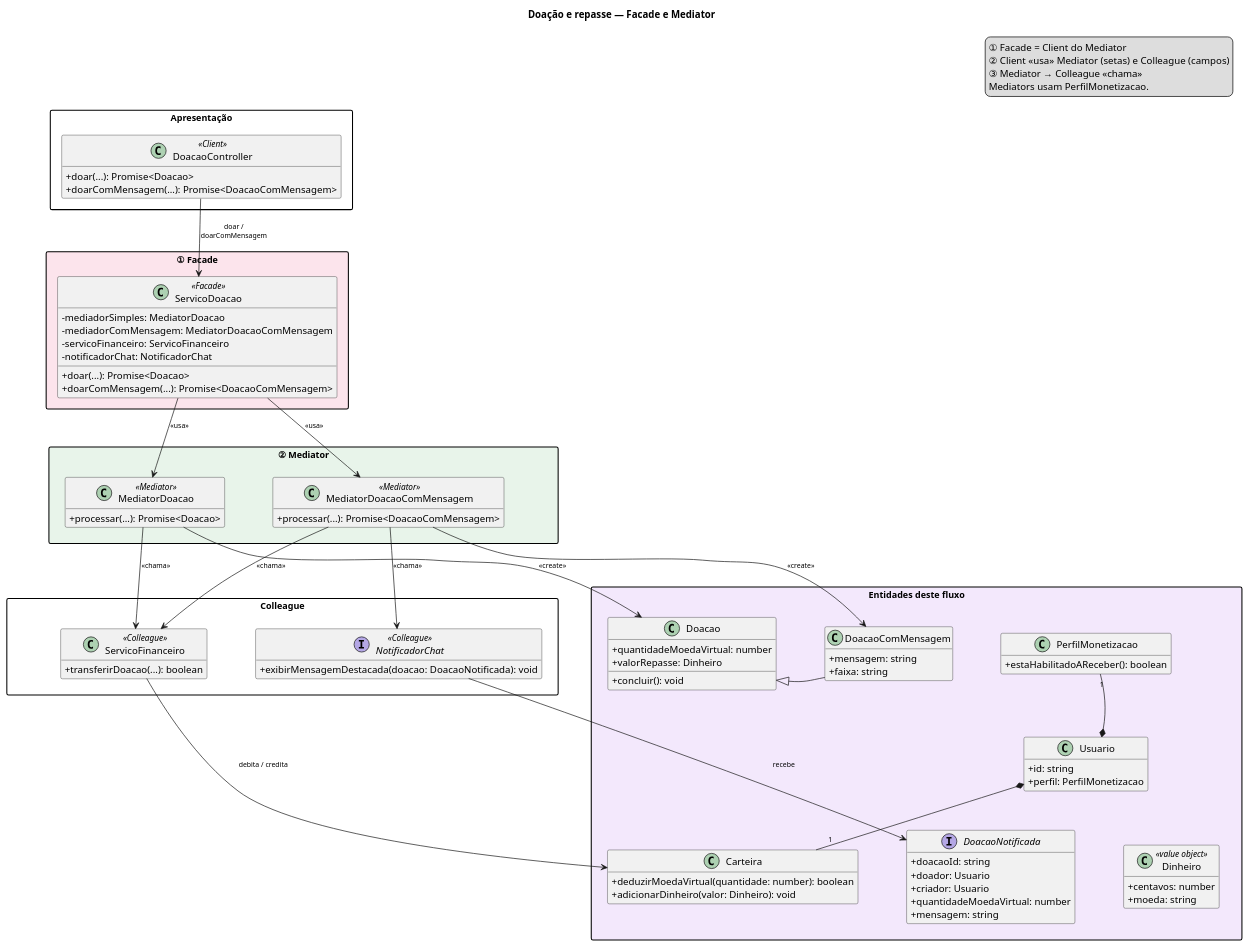
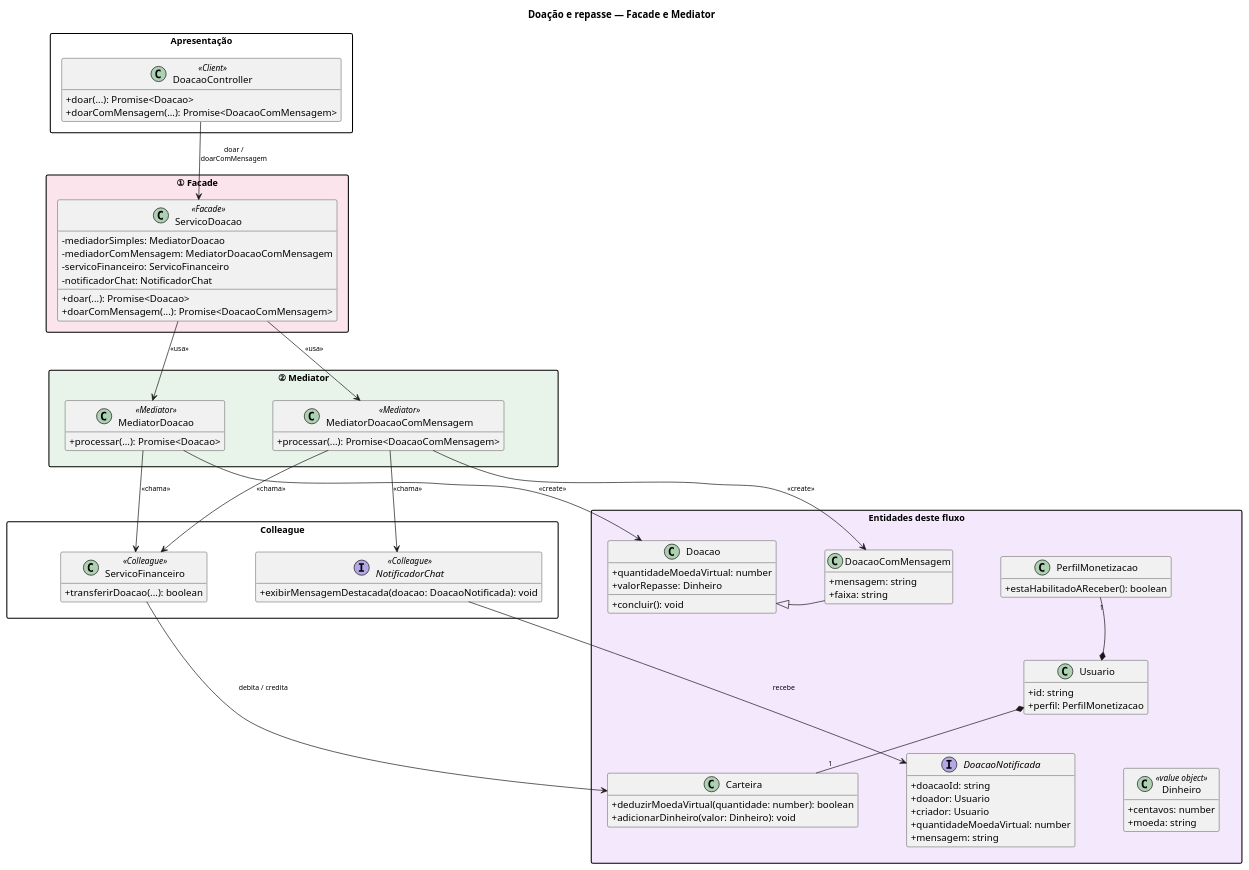
The diagram in docs/doacao-visao-geral.puml (UnBArqDsw2026-2-Turma01/2026.2-T01-_G6_ProjetoStreamingVideo_SubEquipe02_Codigo), drawn with PlantUML before and after one commit. The commit also changed 2 other files, not shown here.

Commit message:
docs(doacao): remove legenda do diagrama Facade/Mediator
Mantem a estrutura do diagrama e regenera PNG/SVG sem a legenda de padroes.

```diff
--- a/docs/doacao-visao-geral.puml
+++ b/docs/doacao-visao-geral.puml
@@ -1,134 +1,127 @@
 @startuml doacao
 skinparam classAttributeIconSize 0
 skinparam shadowing false
 skinparam packageStyle rectangle
 skinparam nodesep 70
 skinparam ranksep 55
 skinparam packageFontSize 13
 skinparam ArrowFontSize 10
 top to bottom direction
 hide empty members
 
 title Doação e repasse — Facade e Mediator
-
-legend top right
-  ① Facade = Client do Mediator
-  ② Client <<usa>> Mediator (setas) e Colleague (campos)
-  ③ Mediator → Colleague <<chama>>
-  Mediators usam PerfilMonetizacao.
-endlegend
 
 together {
   package "Apresentação" as APR {
     class DoacaoController <<Client>> {
       +doar(...): Promise<Doacao>
       +doarComMensagem(...): Promise<DoacaoComMensagem>
     }
   }
 
   package "① Facade" as FAC #FCE4EC {
     class ServicoDoacao <<Facade>> {
       -mediadorSimples: MediatorDoacao
       -mediadorComMensagem: MediatorDoacaoComMensagem
       -servicoFinanceiro: ServicoFinanceiro
       -notificadorChat: NotificadorChat
       +doar(...): Promise<Doacao>
       +doarComMensagem(...): Promise<DoacaoComMensagem>
     }
   }
 
   package "② Mediator" as MED #E8F4EA {
     class MediatorDoacao <<Mediator>> {
       +processar(...): Promise<Doacao>
     }
     class MediatorDoacaoComMensagem <<Mediator>> {
       +processar(...): Promise<DoacaoComMensagem>
     }
     MediatorDoacao -[hidden]right- MediatorDoacaoComMensagem
   }
 
   package "Colleague" as COL {
     class ServicoFinanceiro <<Colleague>> {
       +transferirDoacao(...): boolean
     }
     interface NotificadorChat <<Colleague>> {
       +exibirMensagemDestacada(doacao: DoacaoNotificada): void
     }
     ServicoFinanceiro -[hidden]right- NotificadorChat
   }
 
   DoacaoController -[hidden]down- ServicoDoacao
   ServicoDoacao -[hidden]down- MediatorDoacao
   MediatorDoacao -[hidden]down- ServicoFinanceiro
   MediatorDoacaoComMensagem -[hidden]down- NotificadorChat
 
   DoacaoController -down-> ServicoDoacao : doar /\ndoarComMensagem
   ServicoDoacao -down-> MediatorDoacao : <<usa>>
   ServicoDoacao -down-> MediatorDoacaoComMensagem : <<usa>>
 
   ' Verticais: ambos → Financeiro; ComMensagem → Chat
   MediatorDoacao -down-> ServicoFinanceiro : <<chama>>
   MediatorDoacaoComMensagem -down-> ServicoFinanceiro : <<chama>>
   MediatorDoacaoComMensagem -down-> NotificadorChat : <<chama>>
 }
 
 package "Entidades deste fluxo" as ENT #F3E8FC {
   class Doacao {
     +quantidadeMoedaVirtual: number
     +valorRepasse: Dinheiro
     +concluir(): void
   }
   class DoacaoComMensagem {
     +mensagem: string
     +faixa: string
   }
   class PerfilMonetizacao {
     +estaHabilitadoAReceber(): boolean
   }
   class Usuario {
     +id: string
     +perfil: PerfilMonetizacao
   }
   class Carteira {
     +deduzirMoedaVirtual(quantidade: number): boolean
     +adicionarDinheiro(valor: Dinheiro): void
   }
   class Dinheiro <<value object>> {
     +centavos: number
     +moeda: string
   }
   interface DoacaoNotificada {
     +doacaoId: string
     +doador: Usuario
     +criador: Usuario
     +quantidadeMoedaVirtual: number
     +mensagem: string
   }
 
   Doacao <|-- DoacaoComMensagem
   Usuario *-- "1" PerfilMonetizacao
   Usuario *-- "1" Carteira
 
   Doacao -[hidden]right- DoacaoComMensagem
   Doacao -[hidden]down- Carteira
   DoacaoComMensagem -[hidden]down- DoacaoNotificada
   Carteira -[hidden]right- DoacaoNotificada
   DoacaoComMensagem -[hidden]right- PerfilMonetizacao
   PerfilMonetizacao -[hidden]down- Usuario
   Usuario -[hidden]down- Dinheiro
 }
 
 MED -[hidden]right- ENT
 COL -[hidden]right- ENT
 MediatorDoacao -[hidden]right- Doacao
 MediatorDoacaoComMensagem -[hidden]right- DoacaoComMensagem
 ServicoFinanceiro -[hidden]right- Carteira
 NotificadorChat -[hidden]right- DoacaoNotificada
 
 ' Domínio: horizontais por faixa (create no nível Mediator; debita/recebe no nível Colleague)
 MediatorDoacao -right-> Doacao : <<create>>
 MediatorDoacaoComMensagem -right-> DoacaoComMensagem : <<create>>
 ServicoFinanceiro -right-> Carteira : debita / credita
 NotificadorChat -right-> DoacaoNotificada : recebe
 
 @enduml
```
